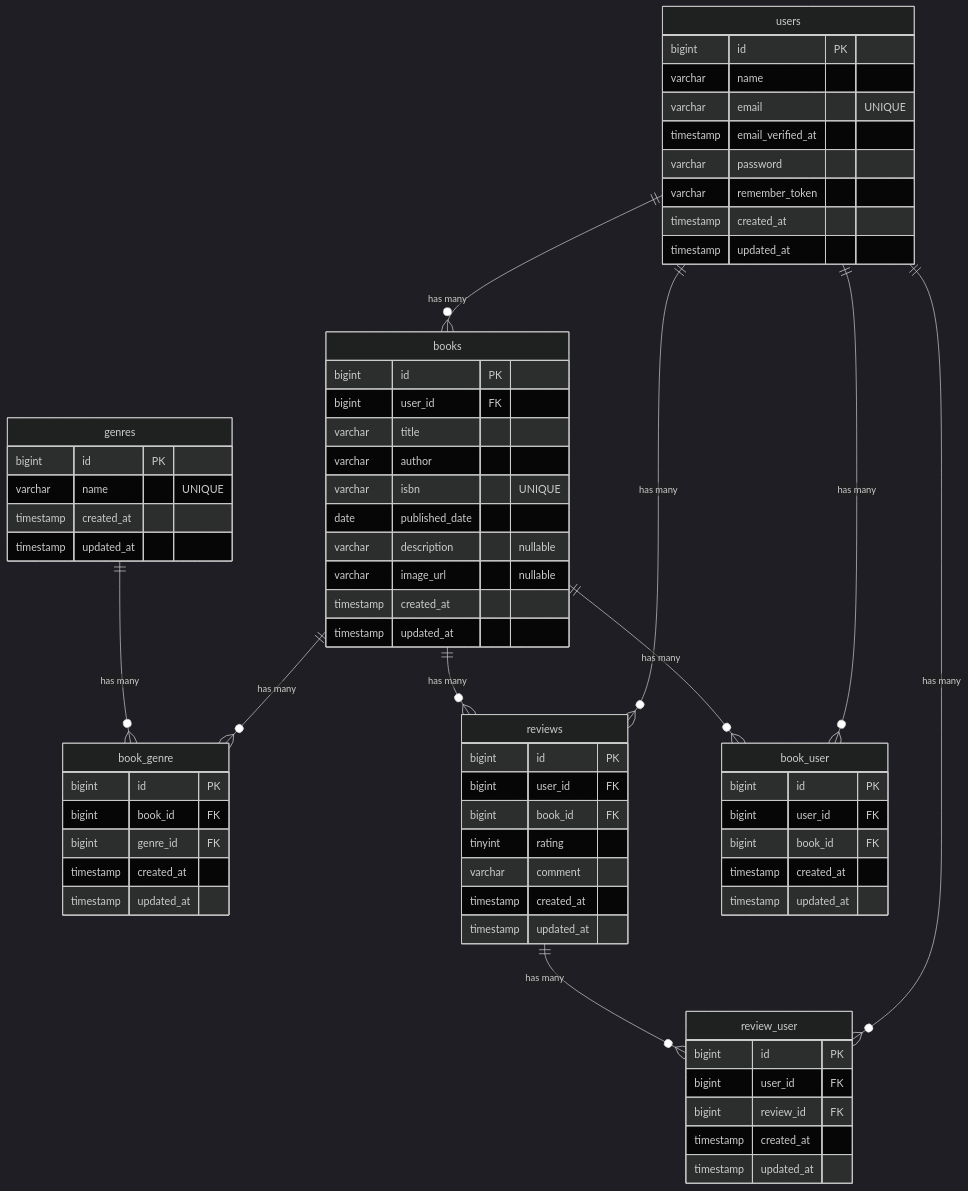
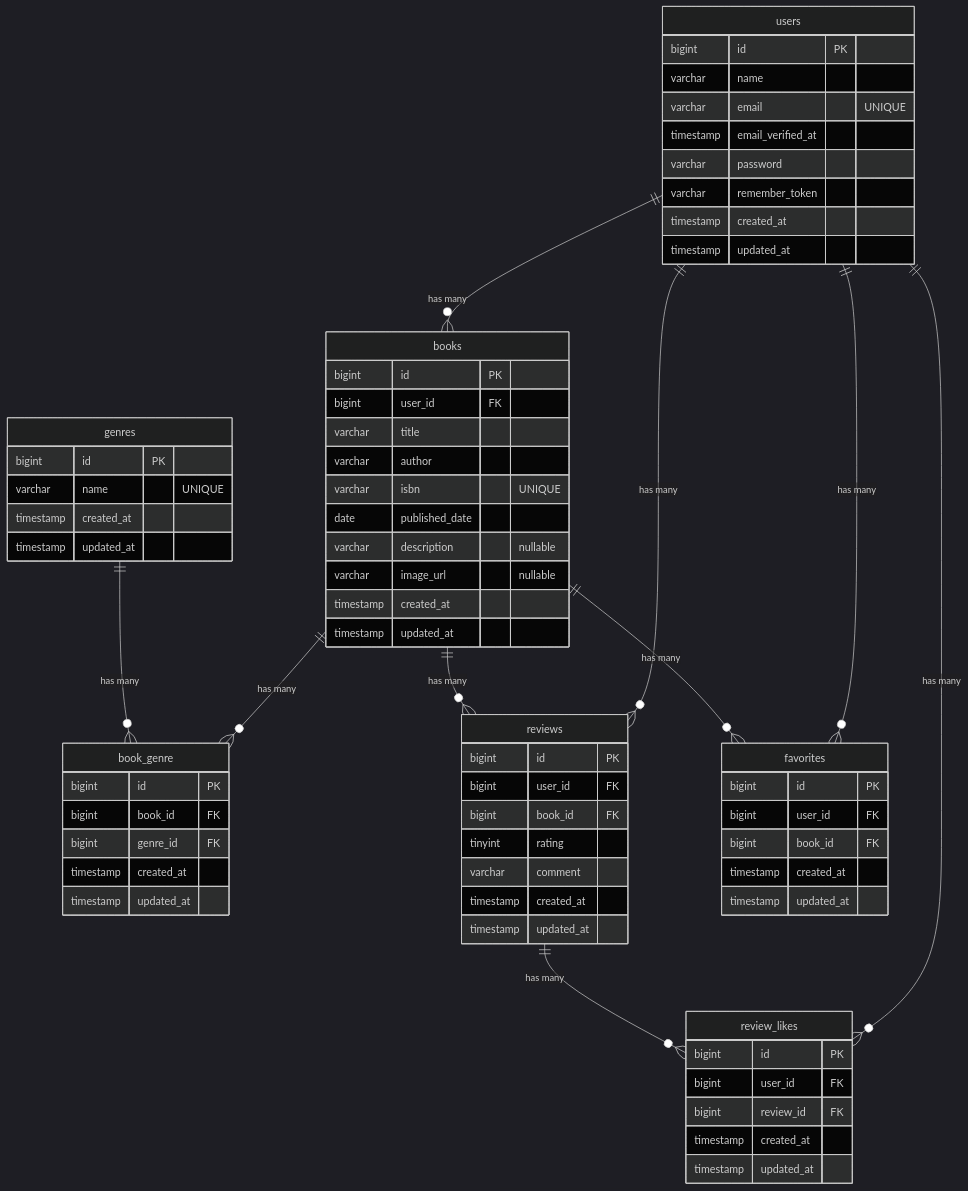
Before and after one commit to shunsukem1993-a11y/bookshelf-app: the diagram in README.md, drawn with Mermaid (dark theme). The commit also changed 15 other files, not shown here.

````diff
--- a/README.md
+++ b/README.md
@@ -28,78 +28,78 @@
 ```mermaid
 erDiagram
 
     users {
         bigint id PK
         varchar name
         varchar email "UNIQUE"
         timestamp email_verified_at
         varchar password
         varchar remember_token
         timestamp created_at
         timestamp updated_at
     }
 
     genres {
         bigint id PK
         varchar name "UNIQUE"
         timestamp created_at
         timestamp updated_at
     }
 
     books {
         bigint id PK
         bigint user_id FK
         varchar title
         varchar author
         varchar isbn "UNIQUE"
         date published_date
         varchar description "nullable"
         varchar image_url "nullable"
         timestamp created_at
         timestamp updated_at
     }
 
     book_genre {
         bigint id PK
         bigint book_id FK
         bigint genre_id FK
         timestamp created_at
         timestamp updated_at
     }
 
     reviews {
         bigint id PK
         bigint user_id FK
         bigint book_id FK
         tinyint rating
         varchar comment
         timestamp created_at
         timestamp updated_at
     }
 
-    book_user {
+    favorites {
         bigint id PK
         bigint user_id FK
         bigint book_id FK
         timestamp created_at
         timestamp updated_at
     }
 
-    review_user {
+    review_likes {
         bigint id PK
         bigint user_id FK
         bigint review_id FK
         timestamp created_at
         timestamp updated_at
     }
 
     users ||--o{ books : "has many"
     users ||--o{ reviews : "has many"
     books ||--o{ reviews : "has many"
     books ||--o{ book_genre : "has many"
     genres ||--o{ book_genre : "has many"
-    users ||--o{ book_user : "has many"
-    books ||--o{ book_user : "has many"
-    users ||--o{ review_user : "has many"
-    reviews ||--o{ review_user : "has many"
+    users ||--o{ favorites : "has many"
+    books ||--o{ favorites : "has many"
+    users ||--o{ review_likes : "has many"
+    reviews ||--o{ review_likes : "has many"
 ```
````
